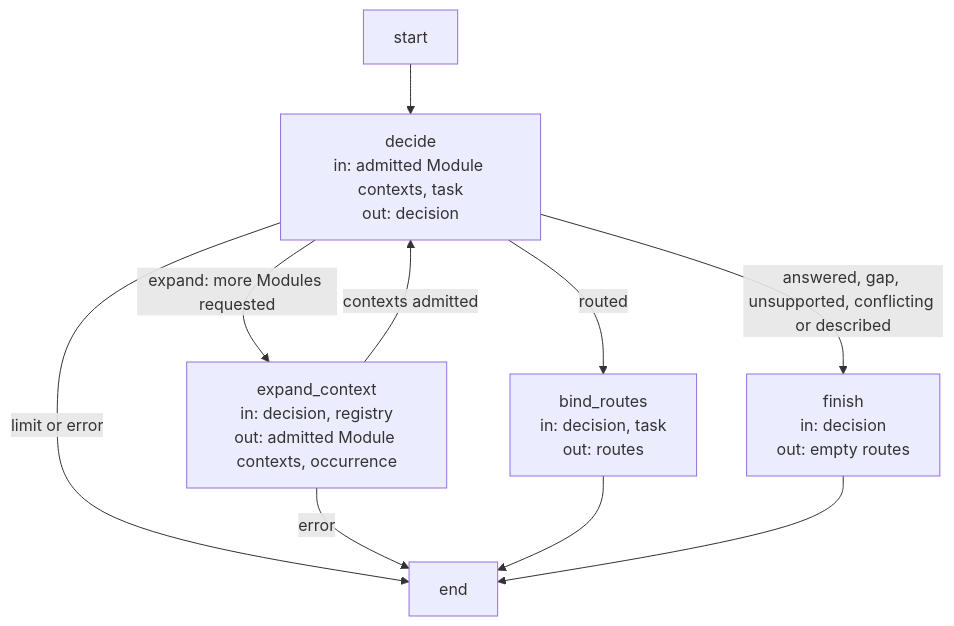
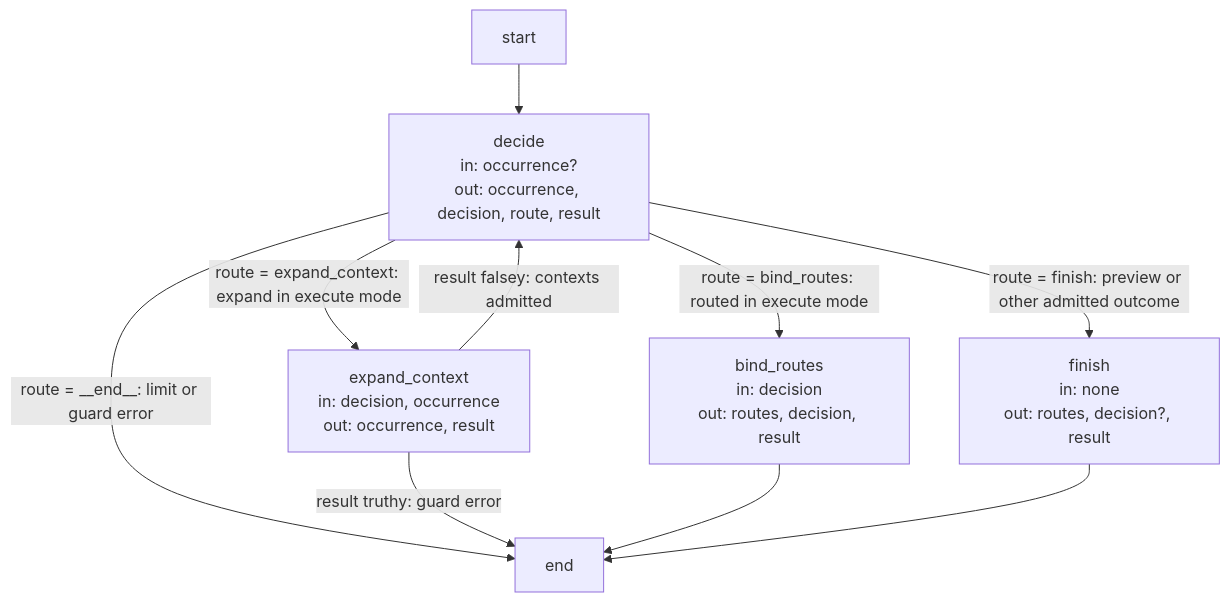
Before and after one commit to FTOD/concorde: the first of 2 diagrams in specs/concorde/query-routing/execution-reference.md, drawn with Mermaid. The commit also changed other lines of this file and 10 other files, not shown here.

Commit message:
docs: clarify LangGraph state and routing in operation diagrams

````diff
--- a/specs/concorde/query-routing/execution-reference.md
+++ b/specs/concorde/query-routing/execution-reference.md
@@ -81,21 +91,21 @@
 ```mermaid
 flowchart TB
     %% graph: discovery_graph
     accTitle: Discovery Graph
     accDescr: The discovery worker decides over the admitted contexts; a request for more Modules admits them and decides again; a routing decision binds routes; every other outcome finishes.
     __start__["start"]
-    decide["decide<br/>in: admitted Module contexts, task<br/>out: decision"]
-    expand_context["expand_context<br/>in: decision, registry<br/>out: admitted Module contexts, occurrence"]
-    bind_routes["bind_routes<br/>in: decision, task<br/>out: routes"]
-    finish["finish<br/>in: decision<br/>out: empty routes"]
+    decide["decide<br/>in: occurrence?<br/>out: occurrence, decision, route, result"]
+    expand_context["expand_context<br/>in: decision, occurrence<br/>out: occurrence, result"]
+    bind_routes["bind_routes<br/>in: decision<br/>out: routes, decision, result"]
+    finish["finish<br/>in: none<br/>out: routes, decision?, result"]
     __end__["end"]
     __start__ --> decide
-    decide -->|expand: more Modules requested| expand_context
-    decide -->|routed| bind_routes
-    decide -->|answered, gap, unsupported, conflicting or described| finish
-    decide -->|limit or error| __end__
-    expand_context -->|contexts admitted| decide
-    expand_context -->|error| __end__
+    decide -->|route = expand_context: expand in execute mode| expand_context
+    decide -->|route = bind_routes: routed in execute mode| bind_routes
+    decide -->|route = finish: preview or other admitted outcome| finish
+    decide -->|route = __end__: limit or guard error| __end__
+    expand_context -->|result falsey: contexts admitted| decide
+    expand_context -->|result truthy: guard error| __end__
     bind_routes --> __end__
     finish --> __end__
 ```
````
